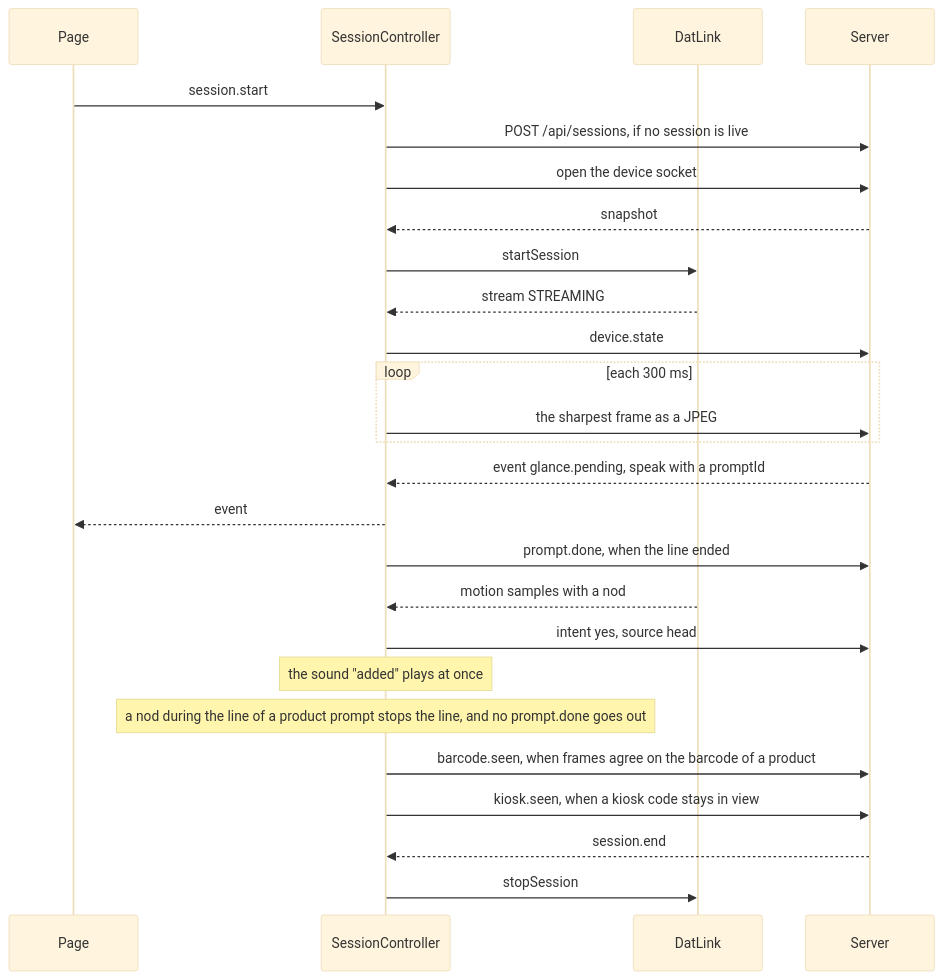
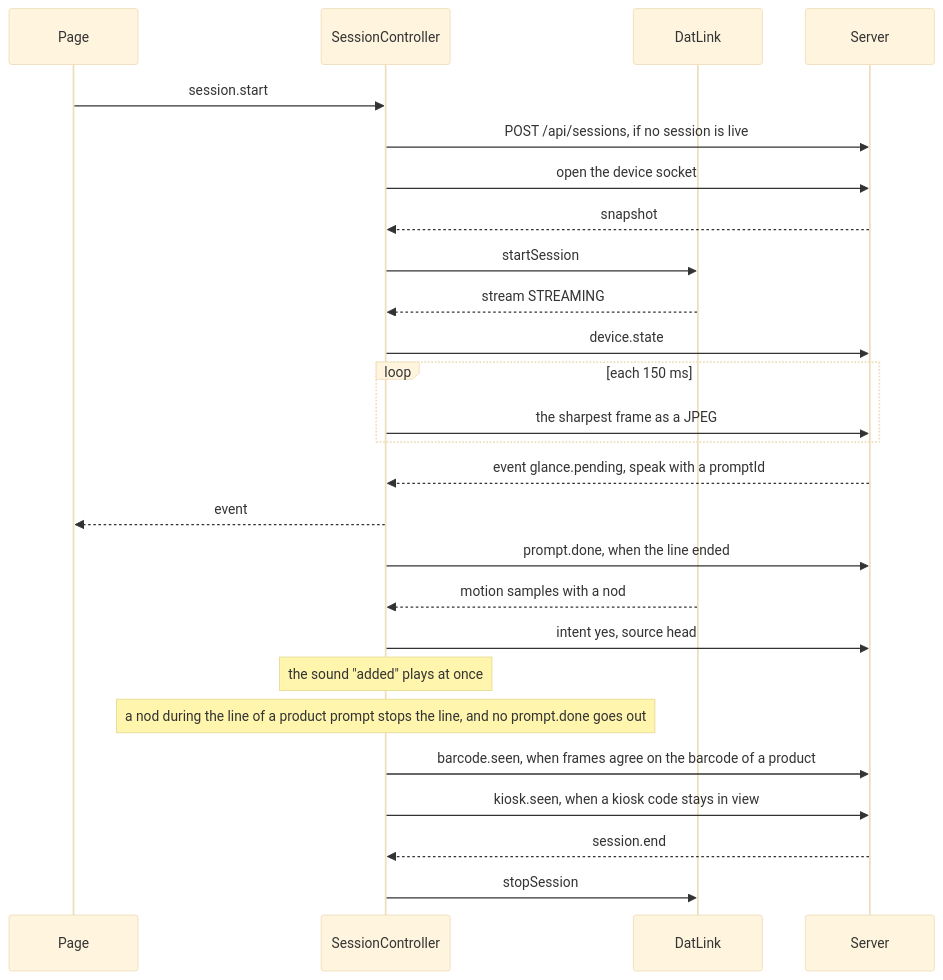
The third of 7 diagrams in apps/mobile/android/README.md (mrBymax/glance), drawn with Mermaid (base theme) before and after one commit. The commit also changed other lines of this file and 10 other files, not shown here.

````diff
--- a/apps/mobile/android/README.md
+++ b/apps/mobile/android/README.md
@@ -115,28 +115,28 @@
 ```mermaid
 sequenceDiagram
     participant Page
     participant App as SessionController
     participant Glasses as DatLink
     participant Server
     Page->>App: session.start
     App->>Server: POST /api/sessions, if no session is live
     App->>Server: open the device socket
     Server-->>App: snapshot
     App->>Glasses: startSession
     Glasses-->>App: stream STREAMING
     App->>Server: device.state
-    loop each 300 ms
+    loop each 150 ms
         App->>Server: the sharpest frame as a JPEG
     end
     Server-->>App: event glance.pending, speak with a promptId
     App-->>Page: event
     App->>Server: prompt.done, when the line ended
     Glasses-->>App: motion samples with a nod
     App->>Server: intent yes, source head
     Note over App: the sound "added" plays at once
     Note over App: a nod during the line of a product prompt stops the line, and no prompt.done goes out
     App->>Server: barcode.seen, when frames agree on the barcode of a product
     App->>Server: kiosk.seen, when a kiosk code stays in view
     Server-->>App: session.end
     App->>Glasses: stopSession
 ```
````
